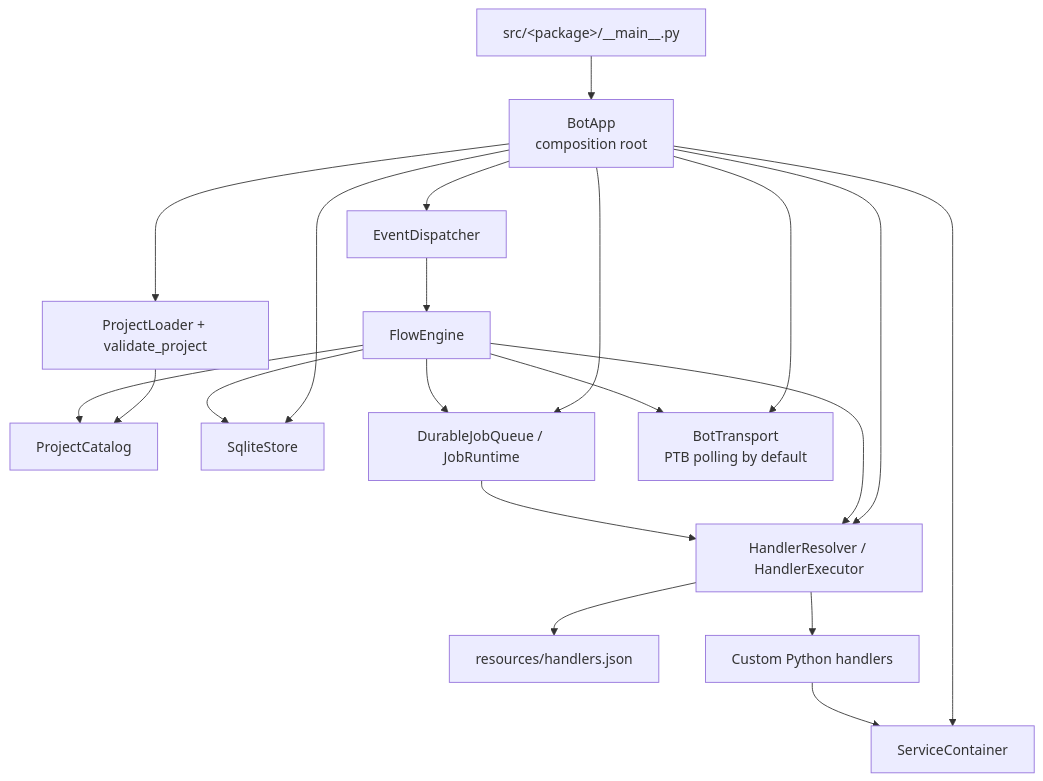
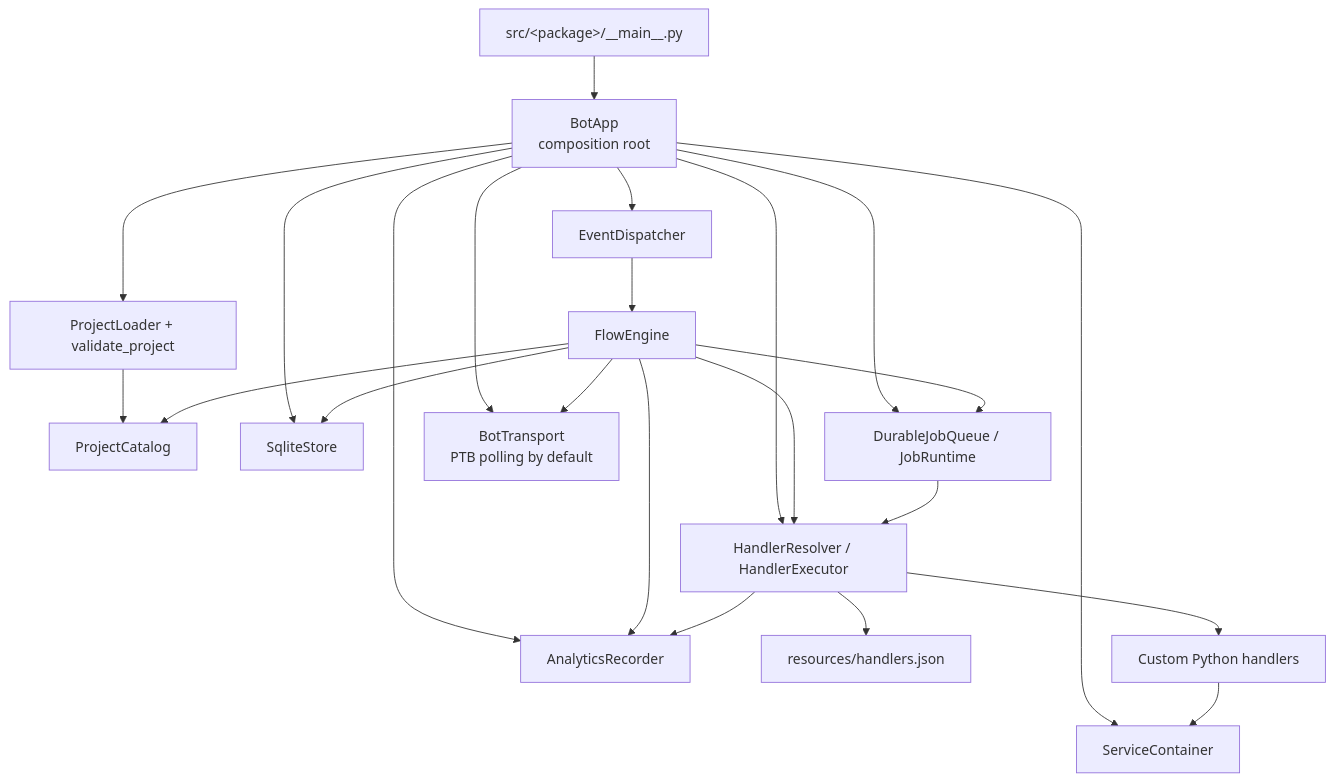
One commit to SnailCap/TG_bots changed the second of 3 diagrams in docs/architecture/overview.md. Above: the diagram before and after it, drawn with Mermaid. The commit also changed other lines of this file and 42 other files, not shown here.

````diff
--- a/docs/architecture/overview.md
+++ b/docs/architecture/overview.md
@@ -47,22 +47,25 @@
 ```mermaid
 flowchart TD
     Entry["src/&lt;package&gt;/__main__.py"] --> App["BotApp<br/>composition root"]
     App --> Loader["ProjectLoader + validate_project"]
     Loader --> Catalog["ProjectCatalog"]
     App --> Services["ServiceContainer"]
     App --> Store["SqliteStore"]
+    App --> Analytics["AnalyticsRecorder"]
     App --> Resolver["HandlerResolver / HandlerExecutor"]
     App --> Jobs["DurableJobQueue / JobRuntime"]
     App --> Dispatcher["EventDispatcher"]
     App --> Transport["BotTransport<br/>PTB polling by default"]
     Dispatcher --> Engine["FlowEngine"]
     Engine --> Catalog
     Engine --> Resolver
     Engine --> Store
     Engine --> Jobs
     Engine --> Transport
+    Engine --> Analytics
+    Resolver --> Analytics
     Resolver --> Bindings["resources/handlers.json"]
     Resolver --> Handlers["Custom Python handlers"]
     Handlers --> Services
     Jobs --> Resolver
 ```
````
